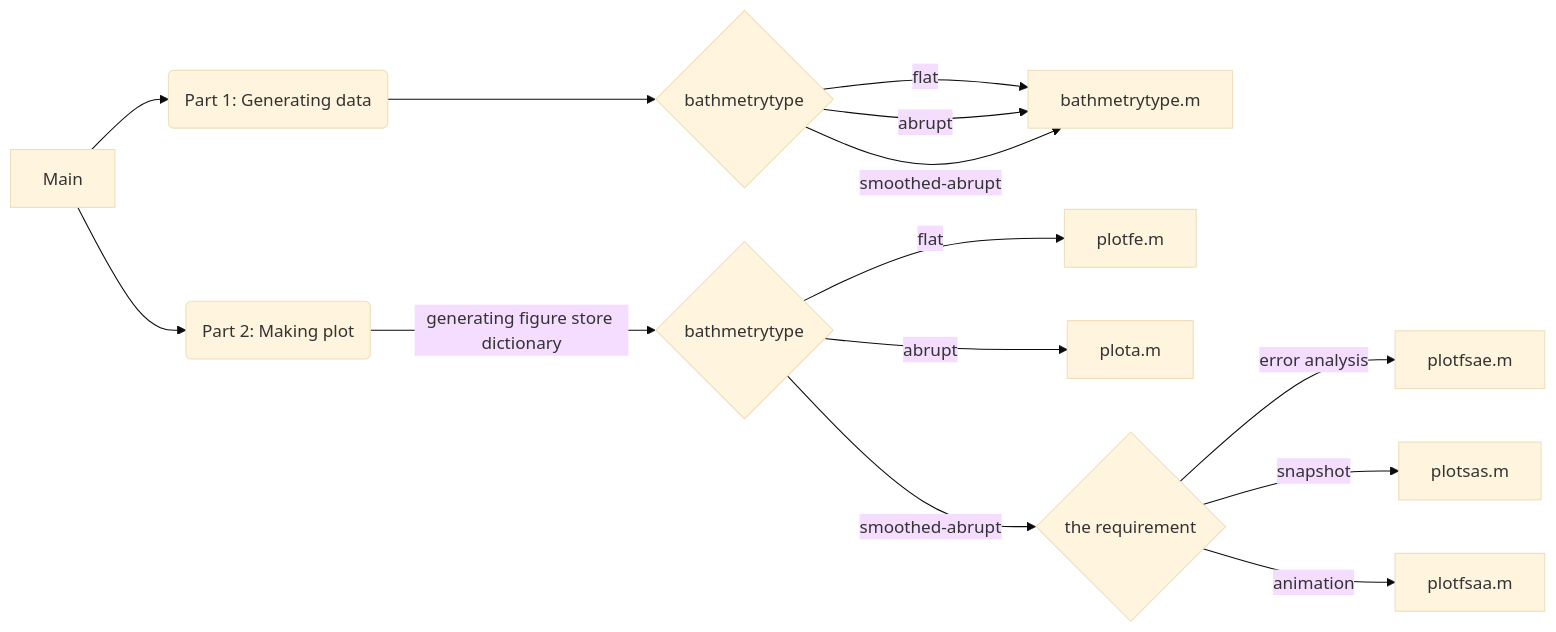
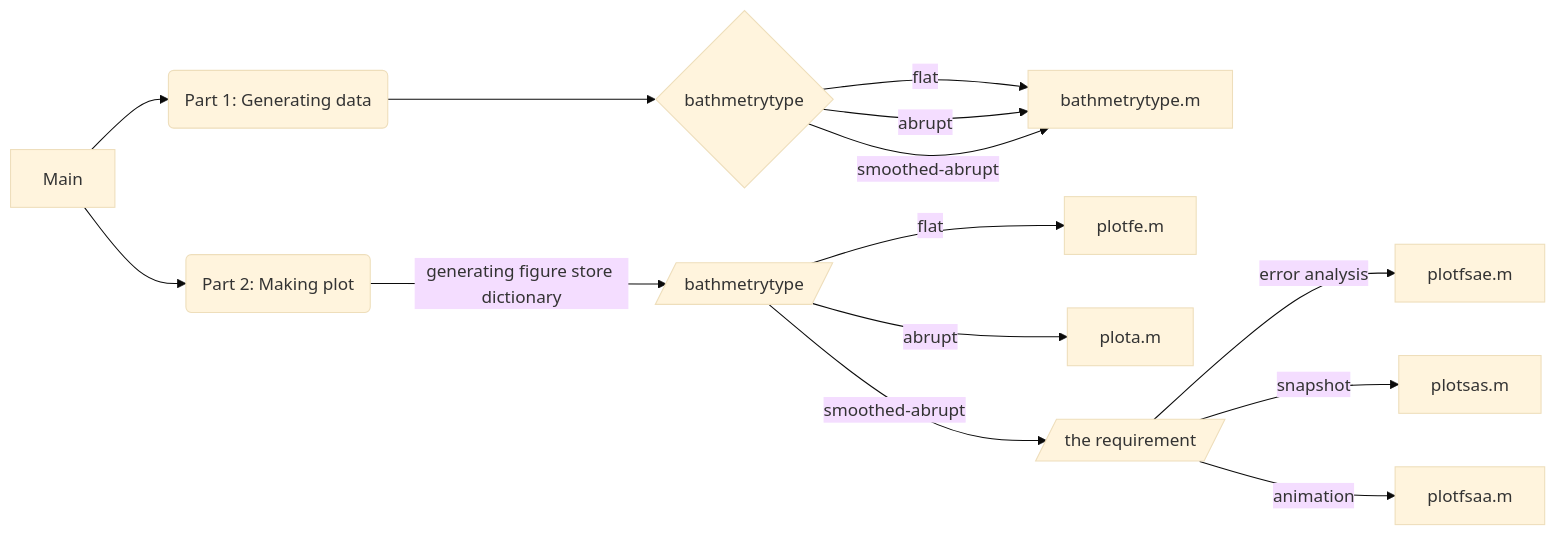
The diagram in Assignment3/Readme.md (Awecean/Computational-Method-of-Shallow-Water-Wave), drawn with Mermaid (base theme) before and after one commit. The commit also changed other lines of this file, not shown here.

Commit message:
Update Flow Chart in Readme.md

````diff
--- a/Assignment3/Readme.md
+++ b/Assignment3/Readme.md
@@ -4,20 +4,20 @@
 ```mermaid
 graph LR
    A[Main]-->B(Part 1: Generating data)
    A[Main]-->C(Part 2: Making plot)
    
    B --> D{bathmetrytype}
    D -->|flat| E[bathmetrytype.m]
    D -->|abrupt| E
    D -->|smoothed-abrupt| E
 
-   C --> |generating figure store dictionary| F{bathmetrytype}
+   C --> |generating figure store dictionary| F[/bathmetrytype/]
    F --> |flat| G[plotfe.m]
    F --> |abrupt| H[plota.m]
-   F --> |smoothed-abrupt| I{the requirement}
+   F --> |smoothed-abrupt| I[/the requirement/]
 
    I --> |error analysis| J[plotfsae.m]
    I --> |snapshot| K[plotsas.m]
    I --> |animation| L[plotfsaa.m]
 
 ```
````
